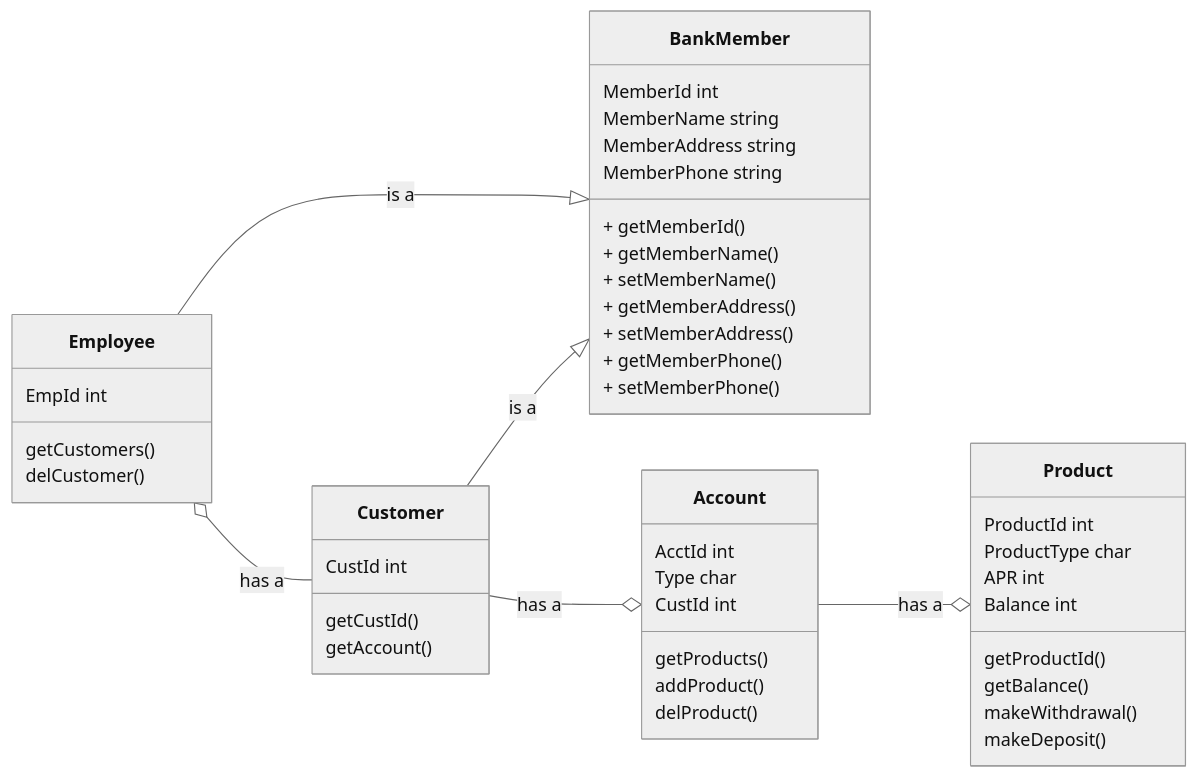
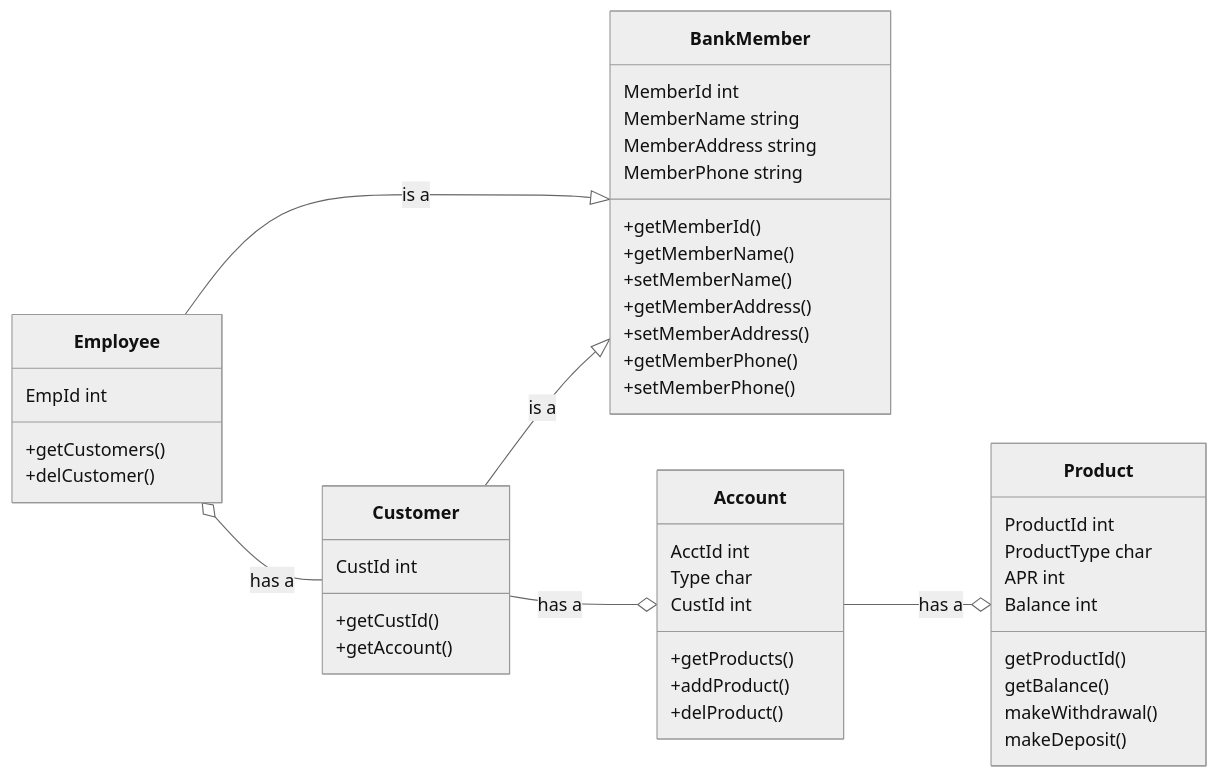
Before and after one commit to Marcus-Snell/Test: the diagram in mermaid.md, drawn with Mermaid (neutral theme).

````diff
--- a/mermaid.md
+++ b/mermaid.md
@@ -1,50 +1,50 @@
 ```mermaid
 classDiagram
 direction LR
 BankMember
 BankMember : MemberId int
 BankMember : MemberName string
 BankMember : MemberAddress string
 BankMember : MemberPhone string
-BankMember : + getMemberId()
-BankMember : + getMemberName()
-BankMember : + setMemberName()
-BankMember : + getMemberAddress()
-BankMember : + setMemberAddress()
-BankMember : + getMemberPhone()
-BankMember : + setMemberPhone()
+BankMember : +getMemberId()
+BankMember : +getMemberName()
+BankMember : +setMemberName()
+BankMember : +getMemberAddress()
+BankMember : +setMemberAddress()
+BankMember : +getMemberPhone()
+BankMember : +setMemberPhone()
 
 
 Employee --|> BankMember : is a
 Employee o-- Customer : has a
 Employee : EmpId int
-Employee : getCustomers()
-Employee : delCustomer()
+Employee : +getCustomers()
+Employee : +delCustomer()
 
 Customer --|> BankMember : is a
 Customer --o Account : has a
 Customer : CustId int
-Customer : getCustId()
-Customer : getAccount()
+Customer : +getCustId()
+Customer : +getAccount()
 
 Account --o Product : has a
 Account : AcctId int
 Account : Type char
 Account : CustId int
-Account : getProducts()
-Account : addProduct()
-Account : delProduct()
+Account : +getProducts()
+Account : +addProduct()
+Account : +delProduct()
 
 
 
 
 Product : ProductId int
 Product : ProductType char
 Product : APR int
 Product : Balance int
 Product : getProductId()
 Product : getBalance()
 Product : makeWithdrawal()
 Product : makeDeposit()
 
 ```
````
